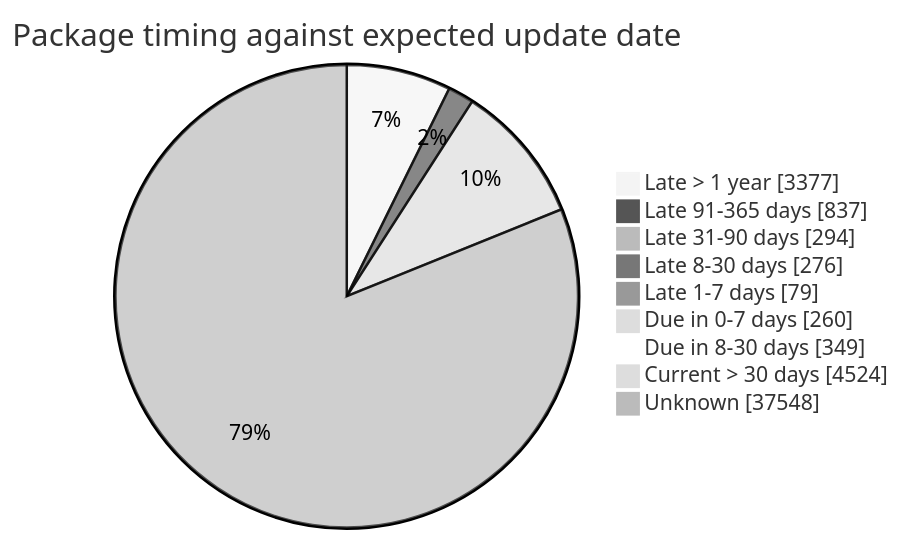
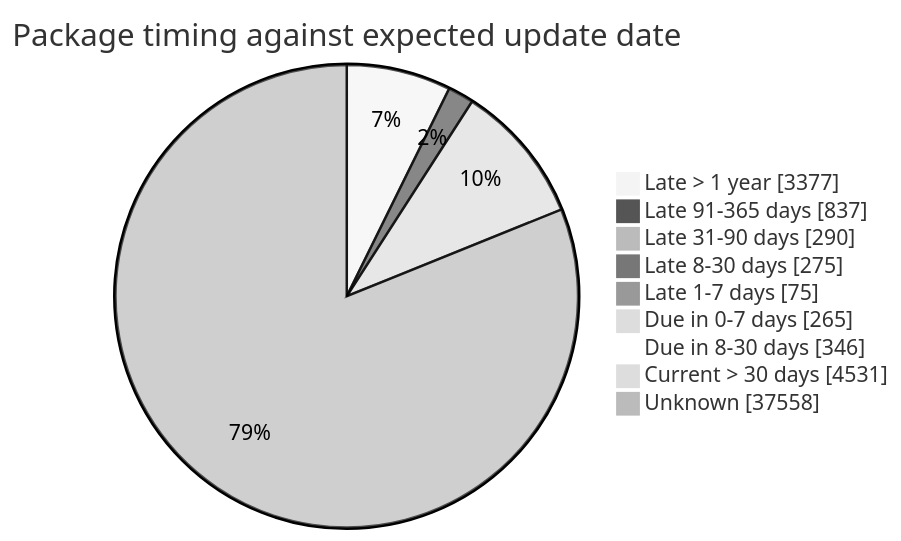
One commit to open-data/analytics-corporate-reporting changed the fourth of 5 diagrams in FreshCheck/README.md. Above: the diagram before and after it, drawn with Mermaid (neutral theme). The commit also changed other lines of this file and 3 other files, not shown here.

````diff
--- a/FreshCheck/README.md
+++ b/FreshCheck/README.md
@@ -87,12 +87,12 @@
 ```mermaid
 pie showData title Package timing against expected update date
     "Late > 1 year": 3377
     "Late 91-365 days": 837
-    "Late 31-90 days": 294
-    "Late 8-30 days": 276
-    "Late 1-7 days": 79
-    "Due in 0-7 days": 260
-    "Due in 8-30 days": 349
-    "Current > 30 days": 4524
-    "Unknown": 37548
+    "Late 31-90 days": 290
+    "Late 8-30 days": 275
+    "Late 1-7 days": 75
+    "Due in 0-7 days": 265
+    "Due in 8-30 days": 346
+    "Current > 30 days": 4531
+    "Unknown": 37558
 ```
````
